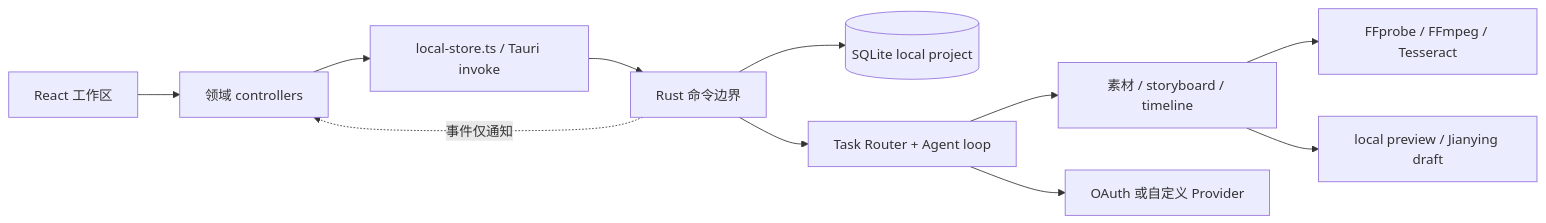
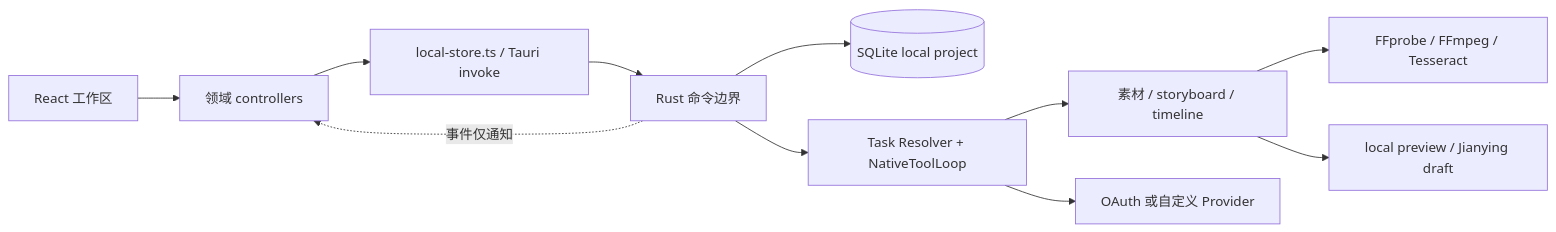
Before and after one commit to 946256344-lab/ai-edit-agent: the first of 3 diagrams in docs/codebase/ARCHITECTURE.md, drawn with Mermaid. The commit also changed other lines of this file and 23 other files, not shown here.

````diff
--- a/docs/codebase/ARCHITECTURE.md
+++ b/docs/codebase/ARCHITECTURE.md
@@ -16,13 +16,13 @@
 ```mermaid
 flowchart LR
   UI["React 工作区"] --> CTRL["领域 controllers"]
   CTRL --> BRIDGE["local-store.ts / Tauri invoke"]
   BRIDGE --> CMD["Rust 命令边界"]
   CMD --> DB[("SQLite local project")]
-  CMD --> AGENT["Task Router + Agent loop"]
+  CMD --> AGENT["Task Resolver + NativeToolLoop"]
   AGENT --> DOMAIN["素材 / storyboard / timeline"]
   DOMAIN --> MEDIA["FFprobe / FFmpeg / Tesseract"]
   AGENT --> MODEL["OAuth 或自定义 Provider"]
   DOMAIN --> DRAFT["local preview / Jianying draft"]
   CMD -. "事件仅通知" .-> CTRL
 ```
````
